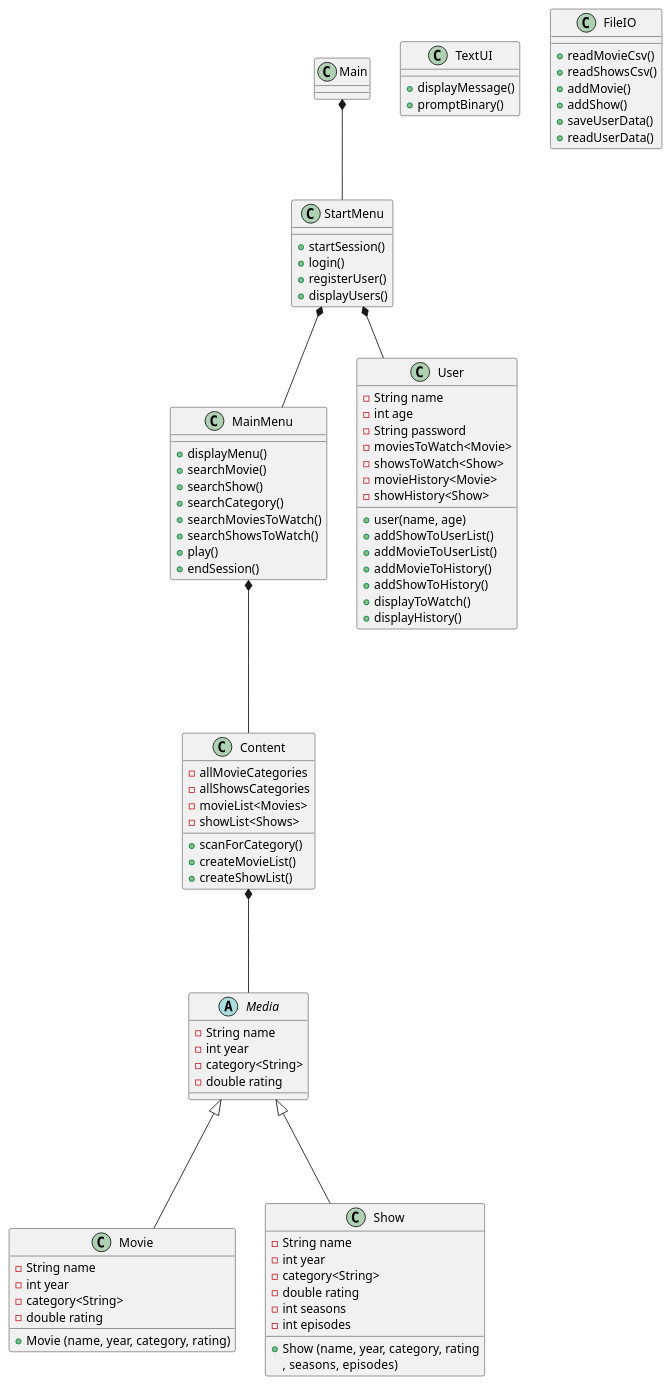
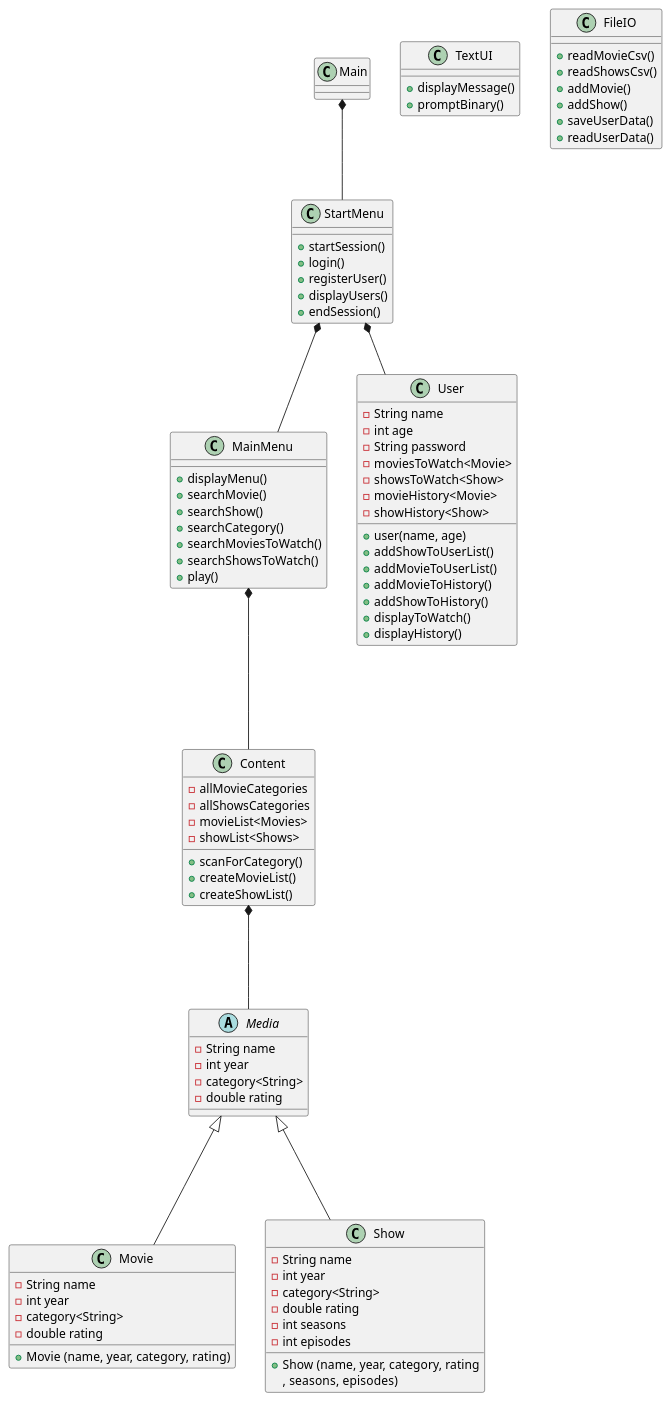
Before and after one commit to KatarinaKN/SP3-Streaming-Service: the diagram in UML/ClassDiagram.puml, drawn with PlantUML. The commit also changed 1 other file, not shown here.

```diff
--- a/UML/ClassDiagram.puml
+++ b/UML/ClassDiagram.puml
@@ -1,96 +1,97 @@
 @startuml
 'https://plantuml.com/class-diagram
 
 class Main
 class StartMenu {
     + startSession()
     + login()
     + registerUser()
     + displayUsers()
+    + endSession()
 }
 class MainMenu {
     + displayMenu()
     + searchMovie()
     + searchShow()
     + searchCategory()
     + searchMoviesToWatch()
     + searchShowsToWatch()
     + play()
-    + endSession()
+
 }
 class User {
     - String name
     - int age
     - String password
     - moviesToWatch<Movie>
     - showsToWatch<Show>
     - movieHistory<Movie>
     - showHistory<Show>
     + user(name, age)
     + addShowToUserList()
     + addMovieToUserList()
     + addMovieToHistory()
     + addShowToHistory()
     + displayToWatch()
     + displayHistory()
 }
 
 class Content {
     - allMovieCategories
     - allShowsCategories
     - movieList<Movies>
     - showList<Shows>
     + scanForCategory()
     + createMovieList()
     + createShowList()
 }
 
 abstract class Media {
     - String name
     - int year
     - category<String>
     - double rating
 
 }
 
 class Movie {
     - String name
     - int year
     - category<String>
     - double rating
     + Movie (name, year, category, rating)
 }
 class Show {
     - String name
     - int year
     - category<String>
     - double rating
     - int seasons
     - int episodes
     + Show (name, year, category, rating
     ,  seasons, episodes)
 }
 class TextUI {
     + displayMessage()
     + promptBinary()
 }
 class FileIO {
     + readMovieCsv()
     + readShowsCsv()
     + addMovie()
     + addShow()
     + saveUserData()
     + readUserData()
 }
 
 Main *-- StartMenu
 StartMenu *-- User
 StartMenu *-- MainMenu
 MainMenu *--- Content
 Content *--- Media
 Media <|--- Movie
 Media <|--- Show
 
 
 
 @enduml
```
